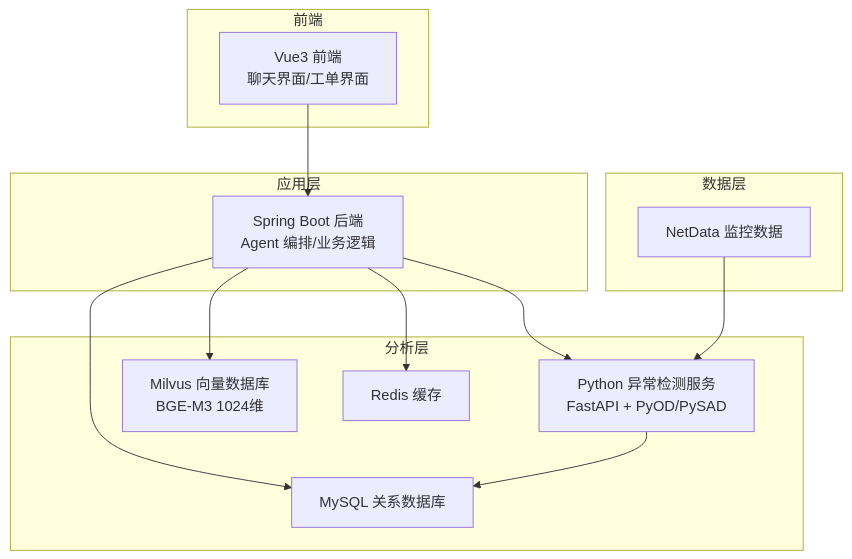
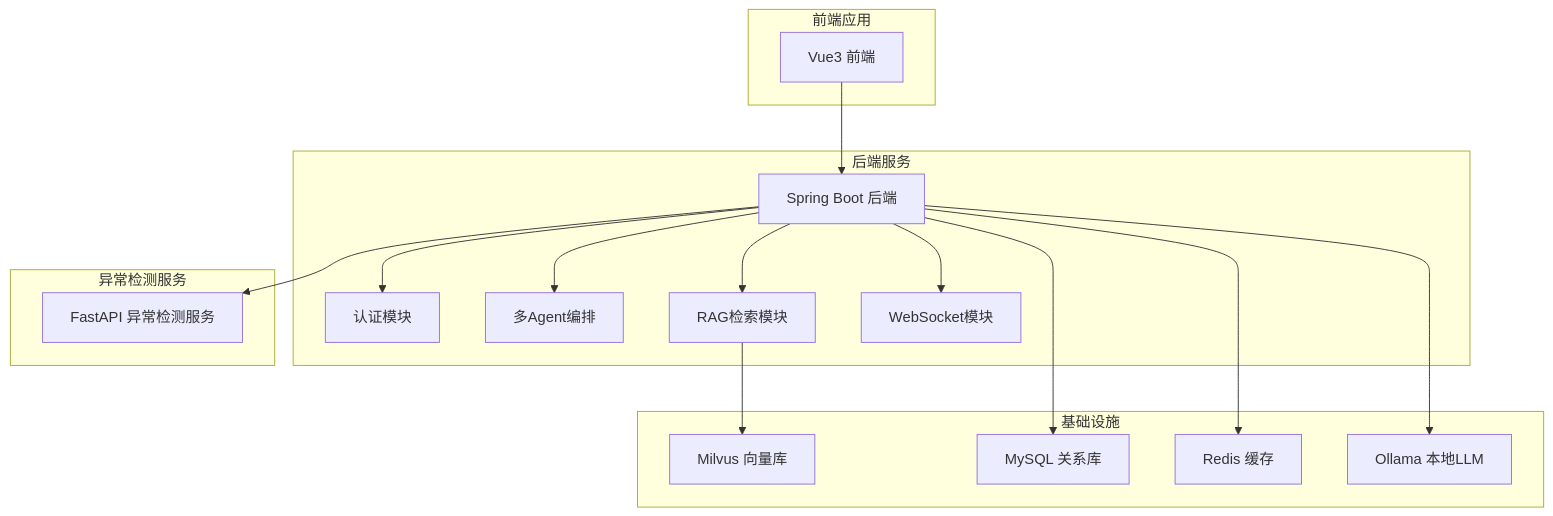
Before and after one commit to lyyzzz6/AIops: the first of 7 diagrams in .qoder/repowiki/zh/content/系统架构设计/系统架构设计.md, drawn with Mermaid. The commit also changed other lines of this file and 371 other files, not shown here.

````diff
--- a/.qoder/repowiki/zh/content/系统架构设计/系统架构设计.md
+++ b/.qoder/repowiki/zh/content/系统架构设计/系统架构设计.md
@@ -35,25 +41,32 @@
 ```mermaid
 graph TB
-subgraph "前端"
-FE["Vue3 前端<br/>聊天界面/工单界面"]
+subgraph "前端应用"
+FE["Vue3 前端"]
 end
-subgraph "应用层"
-BE["Spring Boot 后端<br/>Agent 编排/业务逻辑"]
+subgraph "后端服务"
+BE["Spring Boot 后端"]
+AUTH["认证模块"]
+AGENT["多Agent编排"]
+RAG["RAG检索模块"]
+WS["WebSocket模块"]
 end
-subgraph "分析层"
-PY["Python 异常检测服务<br/>FastAPI + PyOD/PySAD"]
-MILVUS["Milvus 向量数据库<br/>BGE-M3 1024维"]
+subgraph "异常检测服务"
+DET["FastAPI 异常检测服务"]
+end
+subgraph "基础设施"
+MILVUS["Milvus 向量库"]
+MYSQL["MySQL 关系库"]
 REDIS["Redis 缓存"]
-MYSQL["MySQL 关系数据库"]
-end
-subgraph "数据层"
-NETDATA["NetData 监控数据"]
+OLLAMA["Ollama 本地LLM"]
 end
 FE --> BE
-BE --> PY
-BE --> MILVUS
+BE --> AUTH
+BE --> AGENT
+BE --> RAG
+BE --> WS
+BE --> DET
+RAG --> MILVUS
+BE --> MYSQL
 BE --> REDIS
-BE --> MYSQL
-PY --> MYSQL
-NETDATA --> PY
+BE --> OLLAMA
 ```
````
